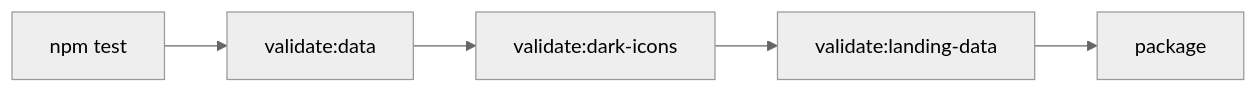
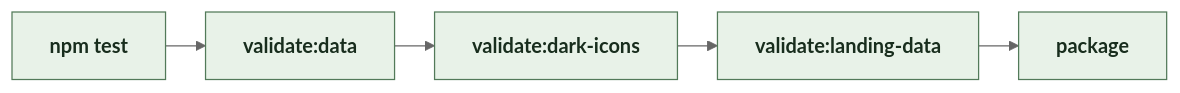
Before and after one commit to kangkyunghyun/LinKHU: the diagram in docs/spec/6-2-DATA.md, drawn with Mermaid (neutral theme). The commit also changed other lines of this file and 24 other files, not shown here.

````diff
--- a/docs/spec/6-2-DATA.md
+++ b/docs/spec/6-2-DATA.md
@@ -186,4 +151,7 @@
 ```mermaid
+%%{init: {"flowchart": {"curve": "basis", "nodeSpacing": 24, "rankSpacing": 32}}}%%
 flowchart LR
-    A["npm test"] --> B["validate:data"] --> C["validate:dark-icons"] --> D["validate:landing-data"] --> E["package"]
+    A["`**npm test**`"] --> B["`**validate:data**`"] --> C["`**validate:dark-icons**`"] --> D["`**validate:landing-data**`"] --> E["`**package**`"]
+    classDef comp fill:#E8F2E8,stroke:#527A59,color:#182D1D
+    class A,B,C,D,E comp
 ```
````
